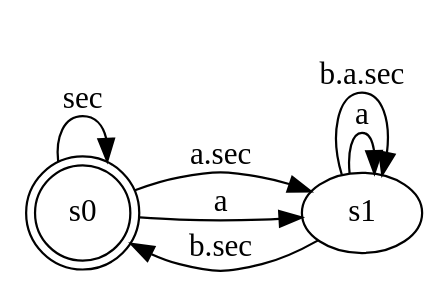
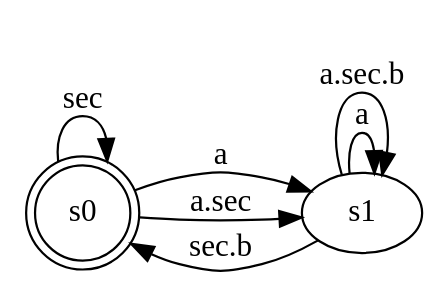
One commit to frederic-mallet/ccsl-sts changed the diagram in Examples/CCSL_Primitives/sts/SampledOn.dot. Above: the diagram before and after it, drawn with Graphviz. The commit also changed 26 other files, not shown here.

```diff
--- a/Examples/CCSL_Primitives/sts/SampledOn.dot
+++ b/Examples/CCSL_Primitives/sts/SampledOn.dot
@@ -1,22 +1,22 @@
 digraph SampledOn { 
   rankdir="LR"
   s0 [ shape="doublecircle" ]
   s0->s0 [
     label= "sec"
   ] ;
   s0->s1 [
-    label= "a.sec"
+    label= "a"
   ] ;
   s0->s1 [
-    label= "a"
+    label= "a.sec"
   ] ;
   s1->s1 [
     label= "a"
   ] ;
   s1->s0 [
-    label= "b.sec"
+    label= "sec.b"
   ] ;
   s1->s1 [
-    label= "b.a.sec"
+    label= "a.sec.b"
   ] ;
 }
```
